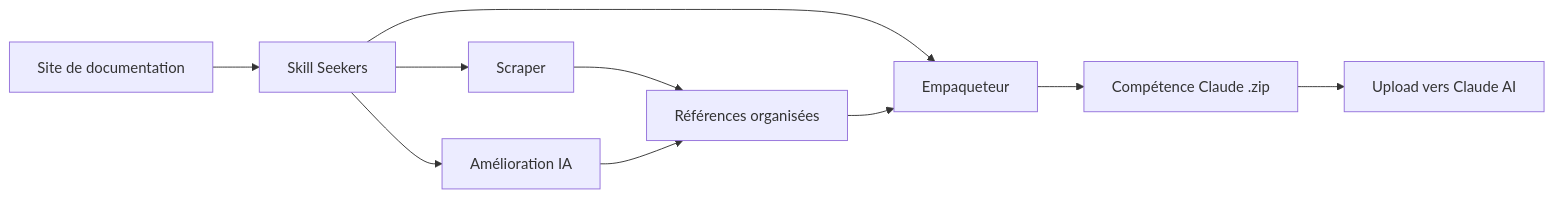
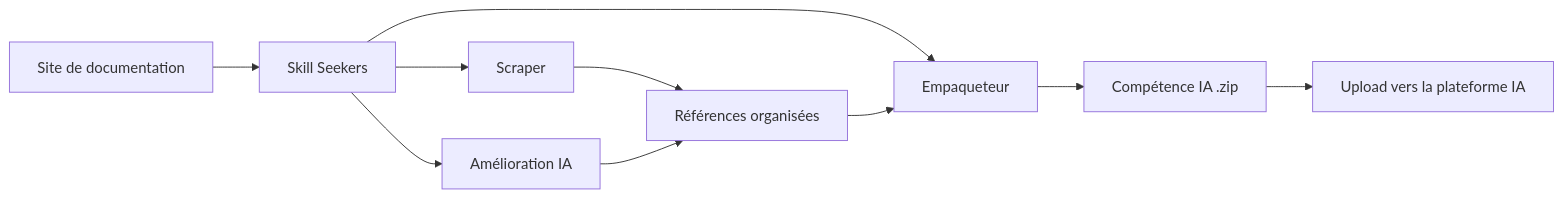
The diagram in README.fr.md (yusufkaraaslan/Skill_Seekers), drawn with Mermaid before and after one commit. The commit also changed other lines of this file and 38 other files, not shown here.

````diff
--- a/README.fr.md
+++ b/README.fr.md
@@ -892,12 +974,12 @@
 ```mermaid
 graph LR
     A[Site de documentation] --> B[Skill Seekers]
     B --> C[Scraper]
     B --> D[Amélioration IA]
     B --> E[Empaqueteur]
     C --> F[Références organisées]
     D --> F
     F --> E
-    E --> G[Compétence Claude .zip]
-    G --> H[Upload vers Claude AI]
+    E --> G[Compétence IA .zip]
+    G --> H[Upload vers la plateforme IA]
 ```
````
